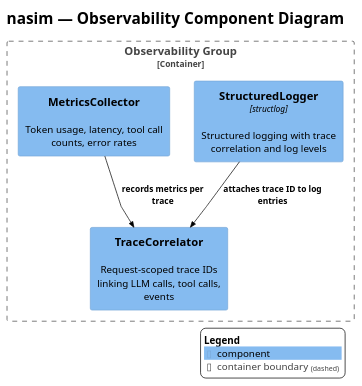
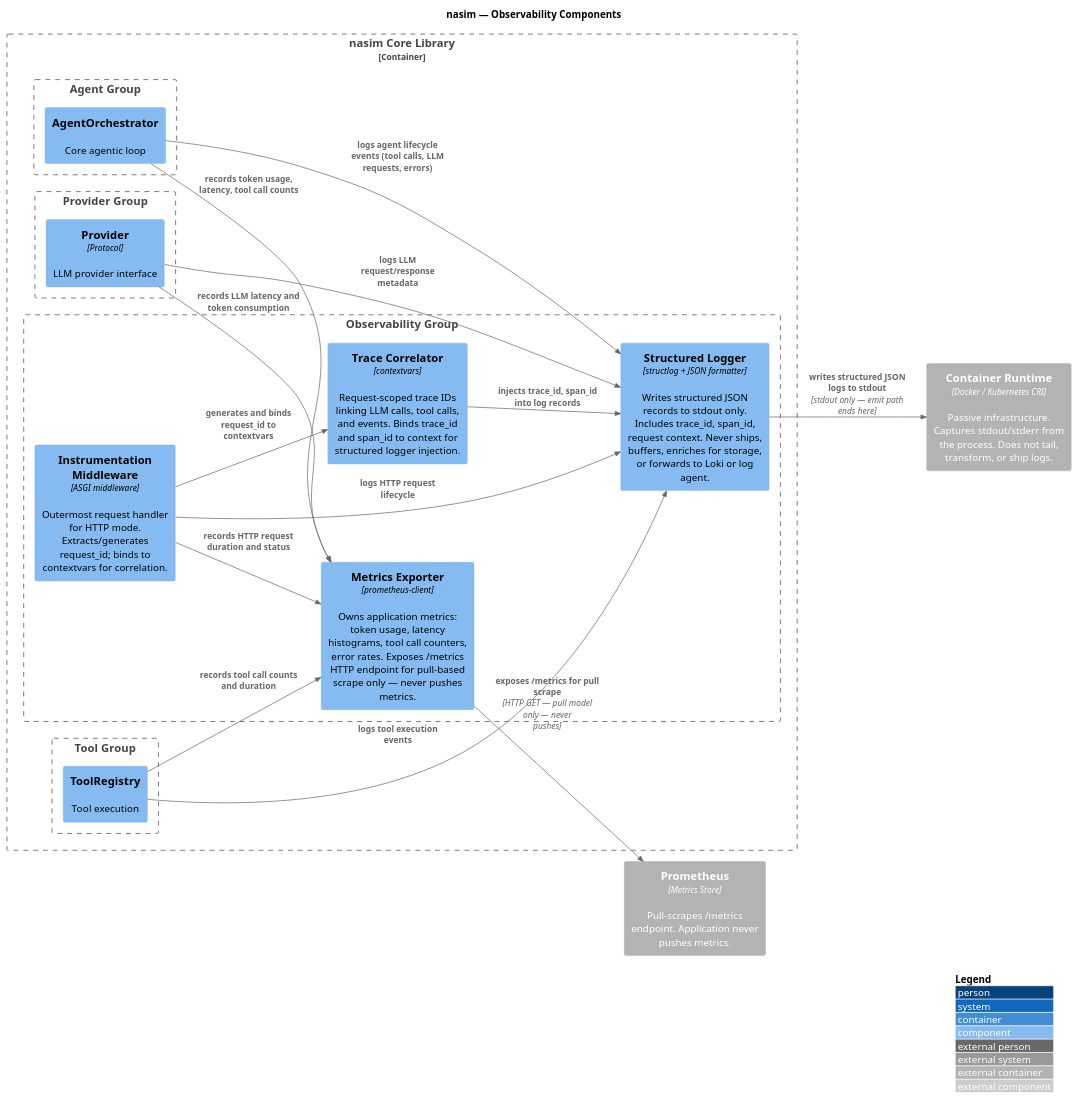
One commit to salimnamvar/nasim changed the diagram in docs/C4/c4_nasim_component_observability.puml. Above: the diagram before and after it, drawn with PlantUML. The commit also changed 23 other files, not shown here.

First line of the commit message:
docs: Refactor C4 diagrams for nasim architecture

```diff
--- a/docs/C4/c4_nasim_component_observability.puml
+++ b/docs/C4/c4_nasim_component_observability.puml
@@ -1,26 +1,77 @@
-!include https://raw.githubusercontent.com/plantuml-stdlib/C4-PlantUML/v2.10.0/C4_Component.puml
-!theme plain
-skinparam linetype polyline
+@startuml nasim_component_observability
 
 ' ============================================================
-' Title:     nasim — Observability Component Diagram
-' Boundary:  nasim core library — Observability group
-' Purpose:   Structured logging, trace correlation, metrics collection
-' Milestone: v1.0
-' Version:   5.0.0
-' Source:    docs/prompt/p1.md — corrective architecture review
-' Review:    docs/audit/audit.2026.06.20.comprehensive.reference.audit.md
+' Title: nasim — Observability Component Diagram
+' Boundary: nasim core library — Observability group
+' Purpose: Application-side logging and metrics emission (tenas pattern: emit only)
+' Version: 6.0.0
 ' ============================================================
 
-title nasim — Observability Component Diagram
+!include https://raw.githubusercontent.com/plantuml-stdlib/C4-PlantUML/master/C4_Component.puml
 
-Container_Boundary(observability_boundary, "Observability Group") {
-    Component(structured_logger, "StructuredLogger", "structlog", "Structured logging with trace correlation and log levels")
-    Component(metrics_collector, "MetricsCollector", "", "Token usage, latency, tool call counts, error rates")
-    Component(trace_correlator, "TraceCorrelator", "", "Request-scoped trace IDs linking LLM calls, tool calls, events")
+LAYOUT_LEFT_RIGHT()
+LAYOUT_WITH_LEGEND()
+
+title nasim — Observability Components
+
+' ============================================================
+' External: Platform-owned collection (emit path ends at stdout)
+' ============================================================
+
+Container_Ext(ContainerRuntime, "Container Runtime", "Docker / Kubernetes CRI", "Passive infrastructure. Captures stdout/stderr from the process. Does not tail, transform, or ship logs.")
+Container_Ext(Prometheus, "Prometheus", "Metrics Store", "Pull-scrapes /metrics endpoint. Application never pushes metrics.")
+
+' ============================================================
+' nasim Core Library — Observability Group
+' ============================================================
+
+Container_Boundary(nasim_core, "nasim Core Library") {
+
+    Boundary(observability_group, "Observability Group") {
+
+        Component(structured_logger, "Structured Logger", "structlog + JSON formatter", "Writes structured JSON records to stdout only. Includes trace_id, span_id, request context. Never ships, buffers, enriches for storage, or forwards to Loki or log agent.")
+
+        Component(metrics_exporter, "Metrics Exporter", "prometheus-client", "Owns application metrics: token usage, latency histograms, tool call counters, error rates. Exposes /metrics HTTP endpoint for pull-based scrape only — never pushes metrics.")
+
+        Component(trace_correlator, "Trace Correlator", "contextvars", "Request-scoped trace IDs linking LLM calls, tool calls, and events. Binds trace_id and span_id to context for structured logger injection.")
+
+        Component(instrumentation_mw, "Instrumentation Middleware", "ASGI middleware", "Outermost request handler for HTTP mode. Extracts/generates request_id; binds to contextvars for correlation.")
+
+    }
+
+    Boundary(agent_group, "Agent Group") {
+        Component(agent_orch, "AgentOrchestrator", "", "Core agentic loop")
+    }
+
+    Boundary(provider_group, "Provider Group") {
+        Component(provider, "Provider", "Protocol", "LLM provider interface")
+    }
+
+    Boundary(tool_group, "Tool Group") {
+        Component(tool_registry, "ToolRegistry", "", "Tool execution")
+    }
 }
 
-Rel(structured_logger, trace_correlator, "attaches trace ID to log entries")
-Rel(metrics_collector, trace_correlator, "records metrics per trace")
+' ============================================================
+' Internal Relationships
+' ============================================================
 
-SHOW_LEGEND()
+Rel(agent_orch, structured_logger, "logs agent lifecycle events (tool calls, LLM requests, errors)")
+Rel(agent_orch, metrics_exporter, "records token usage, latency, tool call counts")
+Rel(provider, structured_logger, "logs LLM request/response metadata")
+Rel(provider, metrics_exporter, "records LLM latency and token consumption")
+Rel(tool_registry, structured_logger, "logs tool execution events")
+Rel(tool_registry, metrics_exporter, "records tool call counts and duration")
+Rel(trace_correlator, structured_logger, "injects trace_id, span_id into log records")
+Rel(instrumentation_mw, trace_correlator, "generates and binds request_id to contextvars")
+Rel(instrumentation_mw, metrics_exporter, "records HTTP request duration and status")
+Rel(instrumentation_mw, structured_logger, "logs HTTP request lifecycle")
+
+' ============================================================
+' Emit Path (tenas pattern: emit ends at stdout)
+' ============================================================
+
+Rel(structured_logger, ContainerRuntime, "writes structured JSON logs to stdout", "stdout only — emit path ends here")
+Rel(metrics_exporter, Prometheus, "exposes /metrics for pull scrape", "HTTP GET — pull model only — never pushes")
+
+@enduml
```
